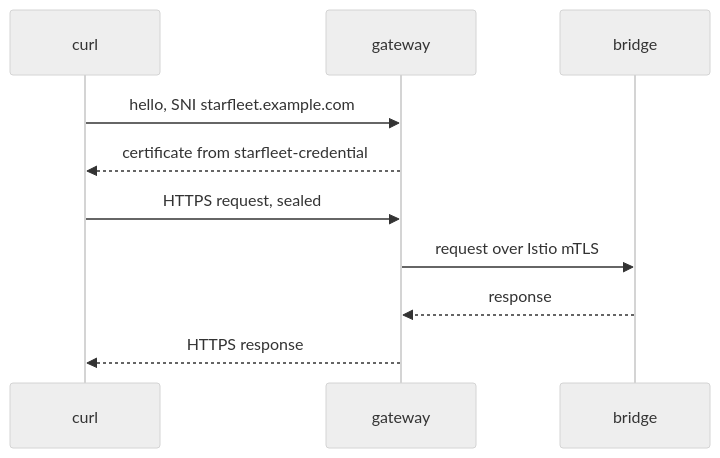
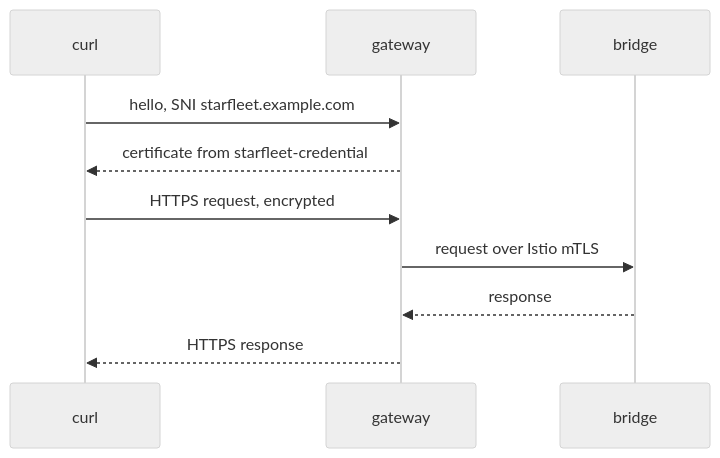
One commit to astrona-io/ATS015 changed the diagram in sections/section-040/module-01/course-02-open-the-https-door.md. Above: the diagram before and after it, drawn with Mermaid (neutral theme). The commit also changed other lines of this file and 24 other files, not shown here.

````diff
--- a/sections/section-040/module-01/course-02-open-the-https-door.md
+++ b/sections/section-040/module-01/course-02-open-the-https-door.md
@@ -123,12 +123,12 @@
 ```mermaid
 sequenceDiagram
     participant C as curl
     participant G as gateway
     participant B as bridge
     C->>G: hello, SNI starfleet.example.com
     G-->>C: certificate from starfleet-credential
-    C->>G: HTTPS request, sealed
+    C->>G: HTTPS request, encrypted
     G->>B: request over Istio mTLS
     B-->>G: response
     G-->>C: HTTPS response
 ```
````
